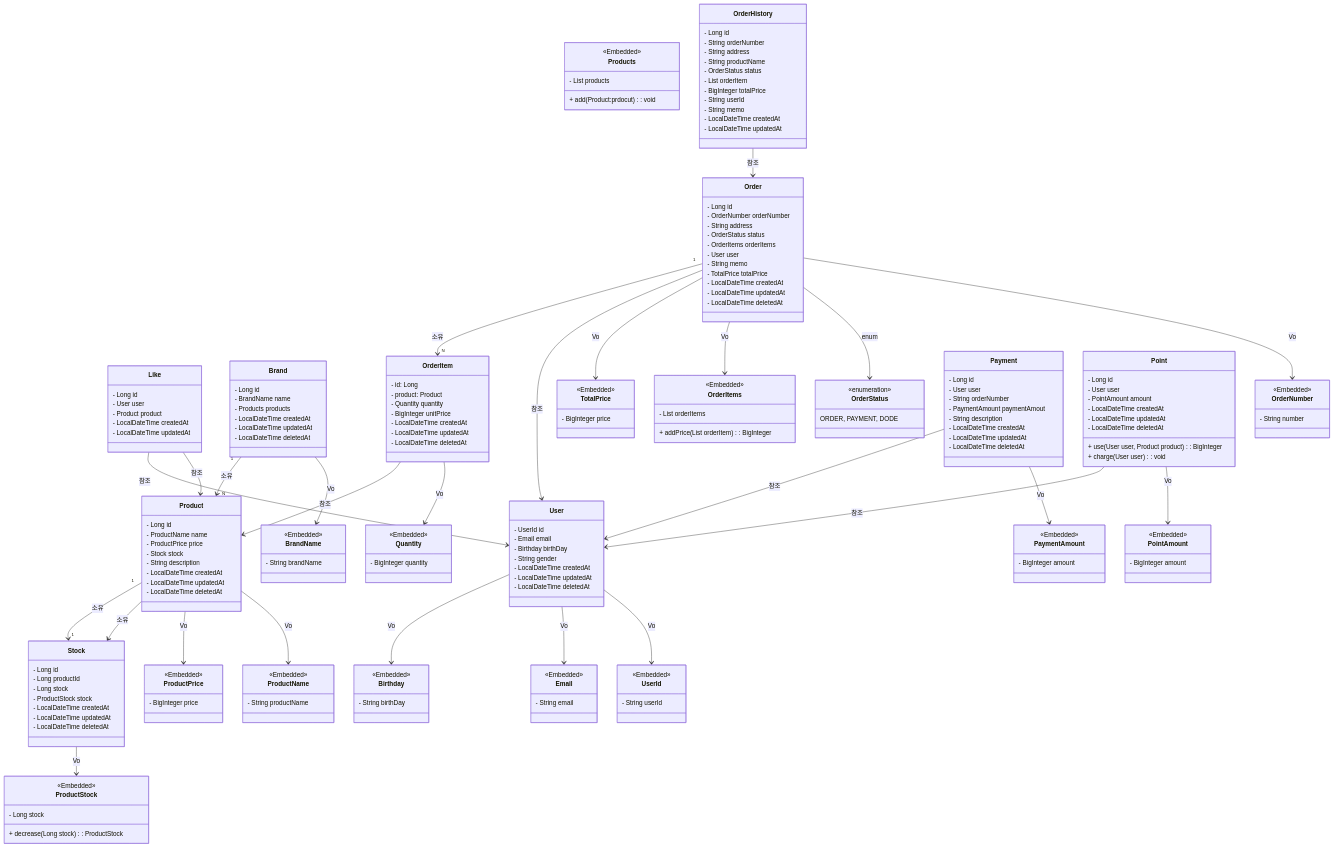
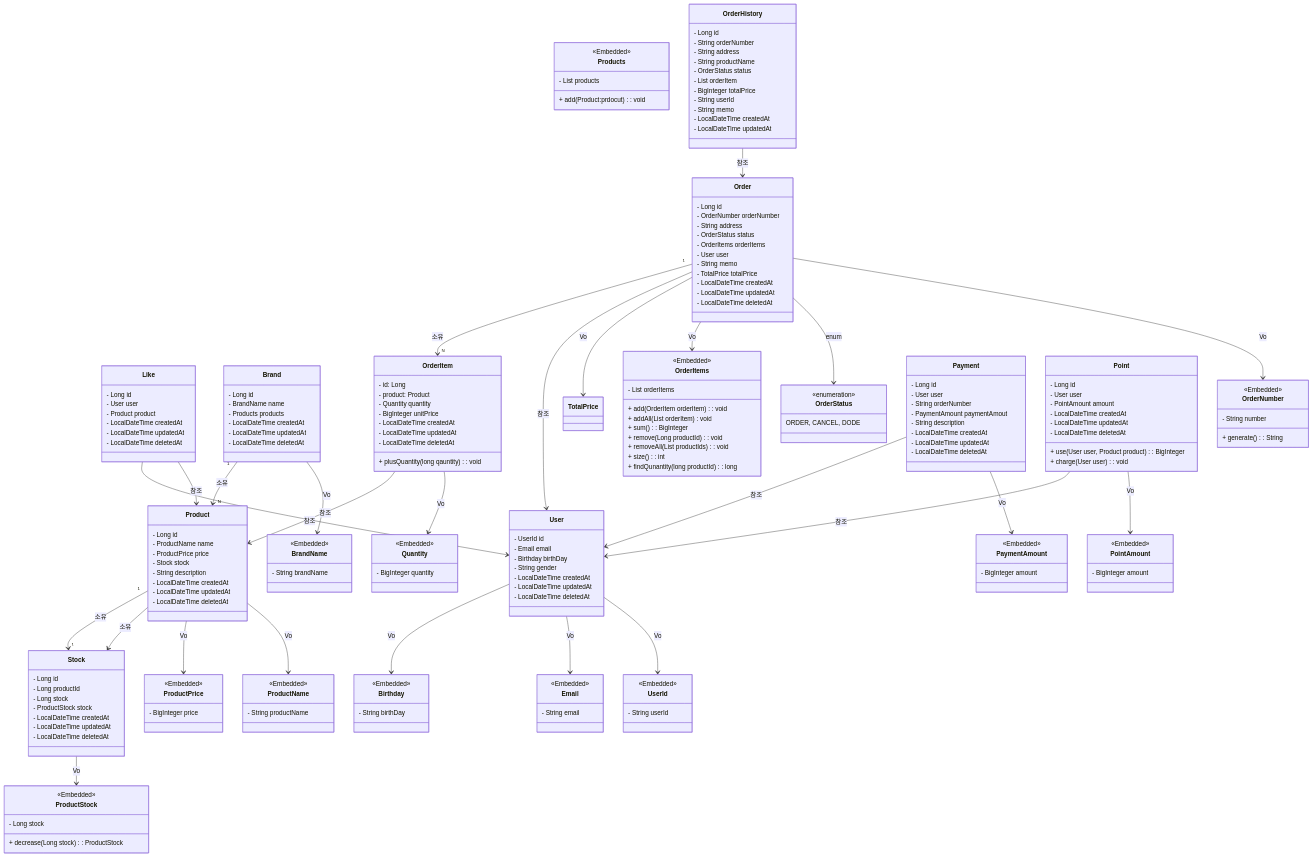
The diagram in apps/commerce-api/docs/desigin/03-class-diagrams.md (Loopers-Team-6/younghun), drawn with Mermaid before and after one commit. The commit also changed 27 other files, not shown here.

```diff
--- a/apps/commerce-api/docs/desigin/03-class-diagrams.md
+++ b/apps/commerce-api/docs/desigin/03-class-diagrams.md
@@ -38,34 +38,35 @@
 
 %% 좋아요
 class Like {
-    - Long id
-    - User user
-    - Product product
-    - LocalDateTime createdAt
-    - LocalDateTime updatedAt
+ - Long id
+ - User user
+ - Product product
+ - LocalDateTime createdAt
+ - LocalDateTime updatedAt
+ - LocalDateTime deletedAt 
 }
 
 
 %% 브랜드
 class Brand {
-    - Long id
-    - BrandName name
-    - Products products
-    - LocalDateTime createdAt
-    - LocalDateTime updatedAt
-    - LocalDateTime deletedAt
+ - Long id
+ - BrandName name
+ - Products products
+ - LocalDateTime createdAt
+ - LocalDateTime updatedAt
+ - LocalDateTime deletedAt
 }
 
 class BrandName {
-    <<Embedded>>
-    - String brandName
+ <<Embedded>>
+ - String brandName
 }
 
 class Products {
-    <<Embedded>>
-    - List<Product> products
+ <<Embedded>>
+ - List<Product> products
     
-    + add(Product:prdocut): void
+ + add(Product:prdocut): void
 }
 
 Brand --> BrandName : Vo
@@ -73,24 +74,24 @@
 
 %% 상품
 class Product {
-    - Long id
-    - ProductName name
-    - ProductPrice price
-    - Stock stock
-    - String description
-    - LocalDateTime createdAt
-    - LocalDateTime updatedAt
-    - LocalDateTime deletedAt
+ - Long id
+ - ProductName name
+ - ProductPrice price
+ - Stock stock
+ - String description
+ - LocalDateTime createdAt
+ - LocalDateTime updatedAt
+ - LocalDateTime deletedAt
 }
 
 class ProductName {
-    <<Embedded>>
-    - String productName
+ <<Embedded>>
+ - String productName
 }
 
 class ProductPrice {
-    <<Embedded>>
-    - BigInteger price
+ <<Embedded>>
+ - BigInteger price
 }
 
 Product --> ProductName : Vo
@@ -110,48 +111,52 @@
 }
 
 class ProductStock {
-    <<Embedded>>
-    - Long stock
-    + decrease(Long stock): ProductStock
+ <<Embedded>>
+ - Long stock
+ + decrease(Long stock): ProductStock
 }
 
 Stock --> ProductStock : Vo
 
 %% 주문
 class Order {
-  - Long id
-  - OrderNumber orderNumber
-  - String address
-  - OrderStatus status
-  - OrderItems orderItems
-  - User user
-  - String memo
-  - TotalPrice totalPrice
-  - LocalDateTime createdAt
-  - LocalDateTime updatedAt
-  - LocalDateTime deletedAt
+ - Long id
+ - OrderNumber orderNumber
+ - String address
+ - OrderStatus status
+ - OrderItems orderItems
+ - User user
+ - String memo
+ - TotalPrice totalPrice
+ - LocalDateTime createdAt
+ - LocalDateTime updatedAt
+ - LocalDateTime deletedAt
 }
 
 
 class OrderItems {
-    <<Embedded>>
-    - List<OrderItem> orderItems
-    + addPrice(List<OrderItem> orderItem) : BigInteger
+ <<Embedded>>
+ - List<OrderItem> orderItems
+ + add(OrderItem orderItem) : void
+ + addAll(List<OrderItem> orderItem) void
+ + sum() : BigInteger
+ + remove(Long productId) : void
+ + removeAll(List<Long> productIds) : void
+ + size() : int
+ + findQunantity(long productId) : long
 }
 
-class TotalPrice {
-    <<Embedded>>
-    - BigInteger price
-}
 
 class OrderNumber {
-    <<Embedded>>
-    - String number
+ <<Embedded>>
+ - String number
+    
+ + generate() : String
 }
 
 class OrderStatus {
-    <<enumeration>>
-    ORDER, PAYMENT, DODE
+ <<enumeration>>
+ ORDER, CANCEL,  DODE
 }
 
 Order --> OrderNumber : Vo
@@ -186,6 +191,7 @@
   - LocalDateTime createdAt
   - LocalDateTime updatedAt
   - LocalDateTime deletedAt
+  + plusQuantity(long qauntity) : void
 }
 
 class Quantity {
```
